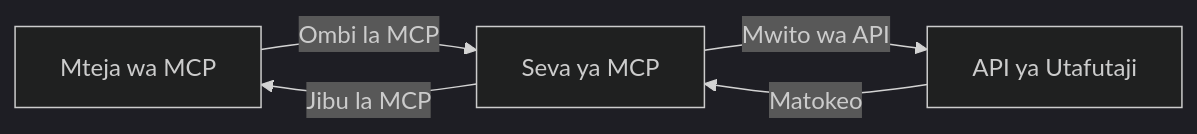
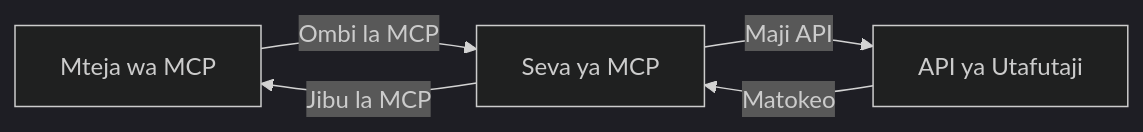
One commit to microsoft/mcp-for-beginners changed the second of 4 diagrams in translations/sw/05-AdvancedTopics/mcp-realtimesearch/README.md. Above: the diagram before and after it, drawn with Mermaid (dark theme). The commit also changed other lines of this file and 140 other files, not shown here.

````diff
--- a/translations/sw/05-AdvancedTopics/mcp-realtimesearch/README.md
+++ b/translations/sw/05-AdvancedTopics/mcp-realtimesearch/README.md
@@ -598,7 +600,7 @@
 ```mermaid
 graph LR
     Client[Mteja wa MCP] --> |Ombi la MCP| Server[Seva ya MCP]
-    Server --> |Mwito wa API| SearchAPI[API ya Utafutaji]
+    Server --> |Maji API| SearchAPI[API ya Utafutaji]
     SearchAPI --> |Matokeo| Server
     Server --> |Jibu la MCP| Client
 ```
````
